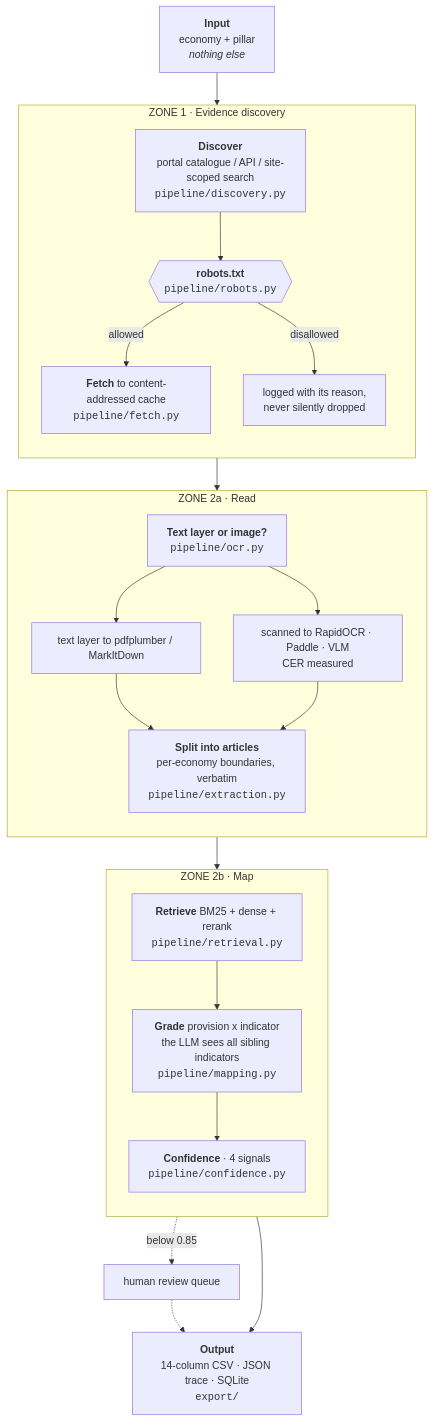
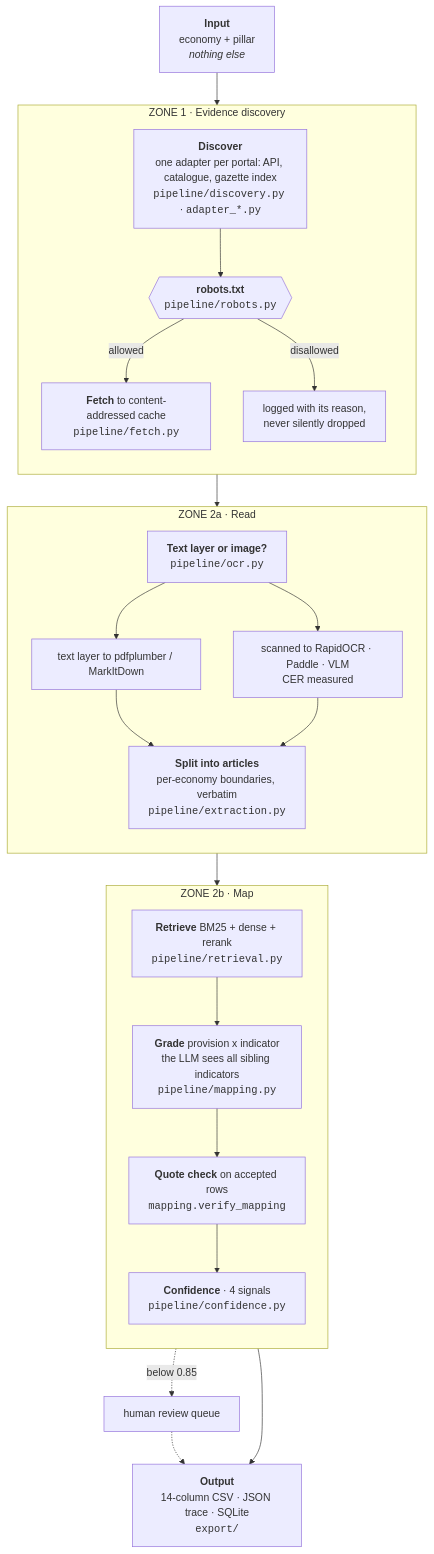
One commit to ftulabs/law-v2.0 changed the first of 5 diagrams in docs/ARCHITECTURE.md. Above: the diagram before and after it, drawn with Mermaid. The commit also changed other lines of this file and 3 other files, not shown here.

````diff
--- a/docs/ARCHITECTURE.md
+++ b/docs/ARCHITECTURE.md
@@ -21,37 +23,38 @@
 ```mermaid
 flowchart TB
     IN["<b>Input</b><br/>economy + pillar<br/><i>nothing else</i>"]
 
     subgraph Z1["ZONE 1 · Evidence discovery"]
         direction TB
-        D["<b>Discover</b><br/>portal catalogue / API / site-scoped search<br/><code>pipeline/discovery.py</code>"]
+        D["<b>Discover</b><br/>one adapter per portal: API, catalogue, gazette index<br/><code>pipeline/discovery.py</code> · <code>adapter_*.py</code>"]
         R{{"<b>robots.txt</b><br/><code>pipeline/robots.py</code>"}}
         F["<b>Fetch</b> to content-addressed cache<br/><code>pipeline/fetch.py</code>"]
         D --> R -->|allowed| F
         R -->|disallowed| SKIP["logged with its reason,<br/>never silently dropped"]
     end
 
     subgraph Z2A["ZONE 2a · Read"]
         direction TB
         O["<b>Text layer or image?</b><br/><code>pipeline/ocr.py</code>"]
         T["text layer to pdfplumber / MarkItDown"]
         S["scanned to RapidOCR · Paddle · VLM<br/>CER measured"]
         X["<b>Split into articles</b><br/>per-economy boundaries, verbatim<br/><code>pipeline/extraction.py</code>"]
         O --> T --> X
         O --> S --> X
     end
 
     subgraph Z2B["ZONE 2b · Map"]
         direction TB
         RET["<b>Retrieve</b> BM25 + dense + rerank<br/><code>pipeline/retrieval.py</code>"]
         G["<b>Grade</b> provision x indicator<br/>the LLM sees all sibling indicators<br/><code>pipeline/mapping.py</code>"]
+        V["<b>Quote check</b> on accepted rows<br/><code>mapping.verify_mapping</code>"]
         C["<b>Confidence</b> · 4 signals<br/><code>pipeline/confidence.py</code>"]
-        RET --> G --> C
+        RET --> G --> V --> C
     end
 
     OUT["<b>Output</b><br/>14-column CSV · JSON trace · SQLite<br/><code>export/</code>"]
 
     IN --> Z1 --> Z2A --> Z2B --> OUT
     C -.->|"below 0.85"| REV["human review queue"]
     REV -.-> OUT
 ```
````
